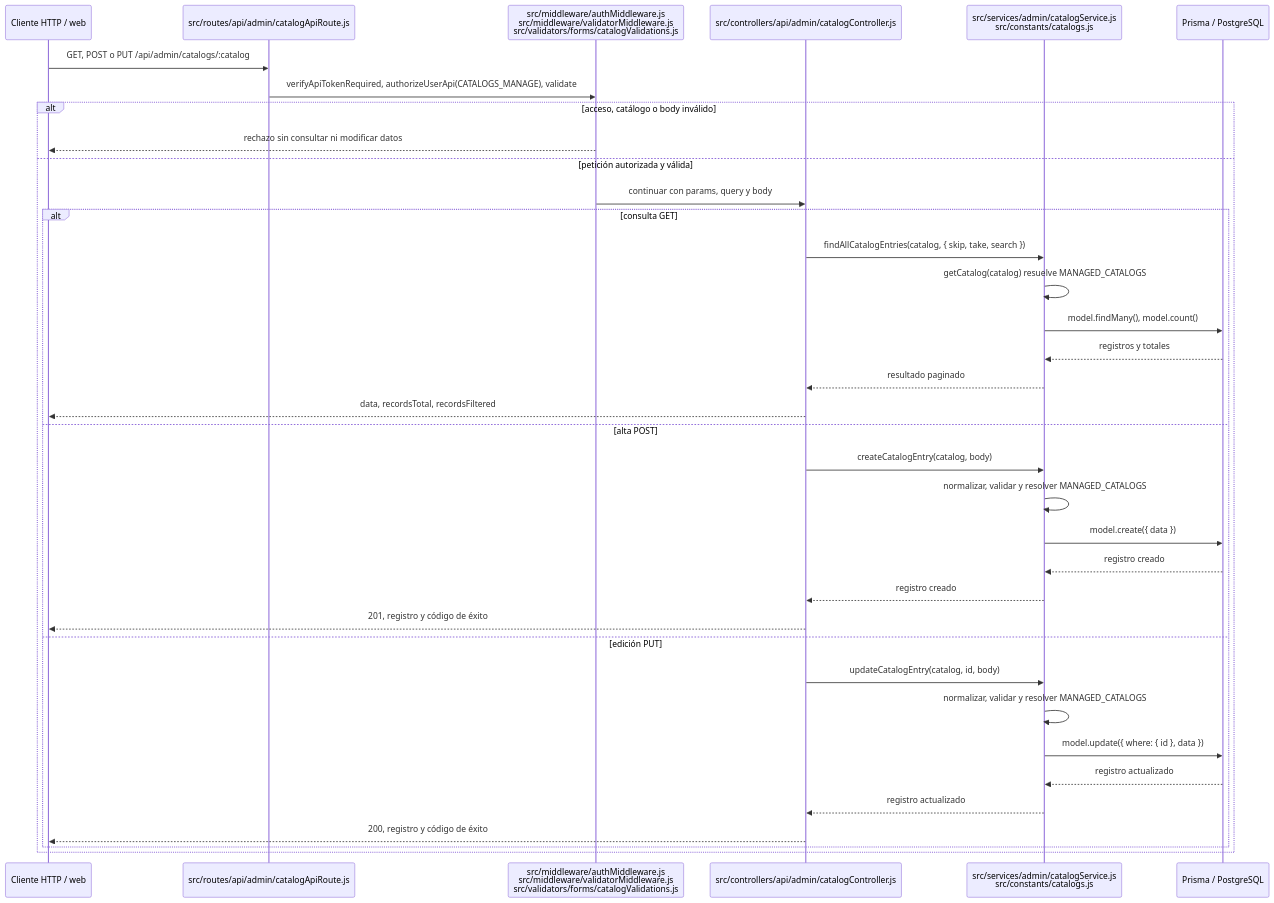
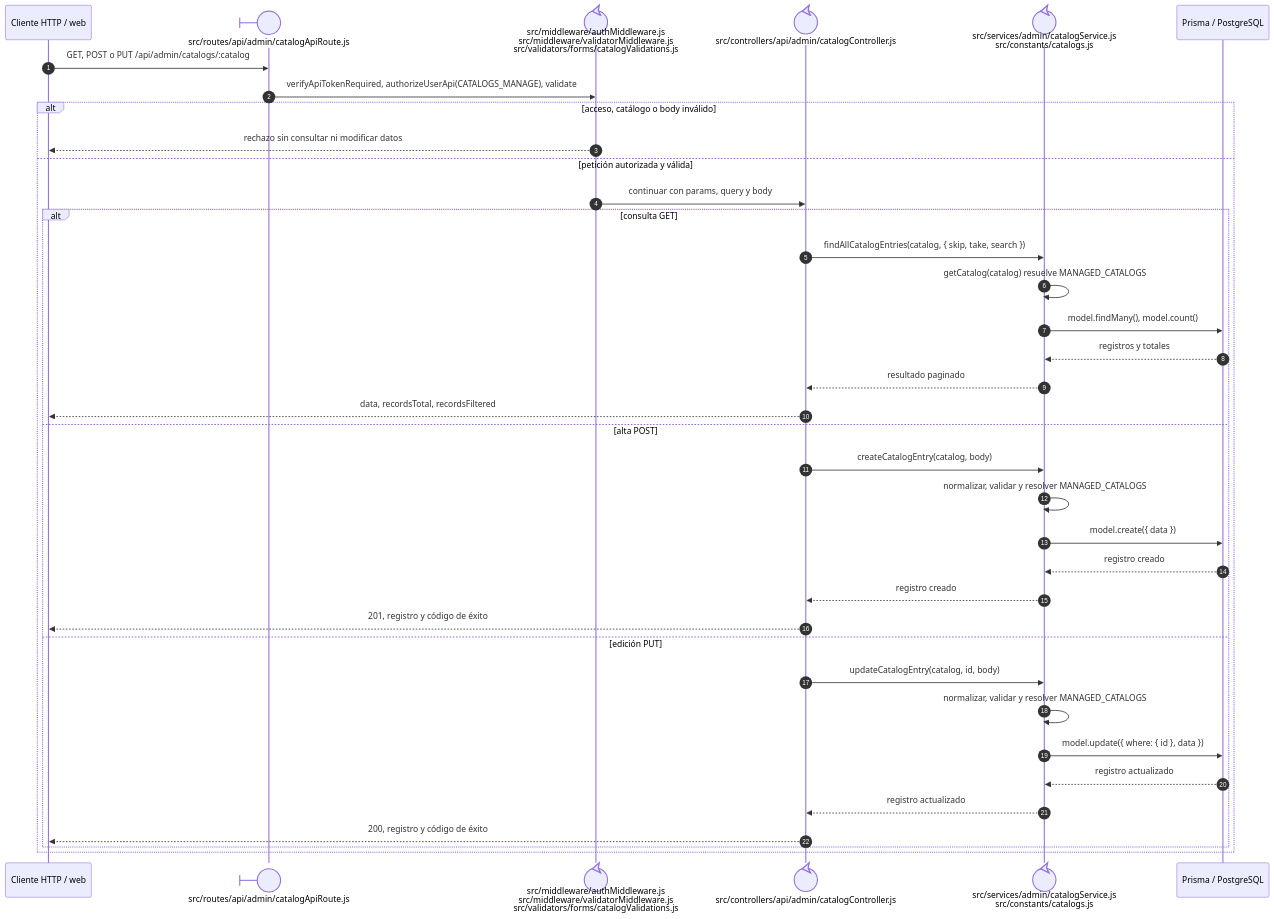
Before and after one commit to gpgsistemas01/nexus: the fourth of 4 diagrams in docs/architecture/views/development/design-and-construction-patterns/01-registration-of-catalogs-with-checklist-allowlist.md, drawn with Mermaid. The commit also changed other lines of this file and 198 other files, not shown here.

Commit message:
docs: mejorar notación UML y distribución de diagramas Mermaid

````diff
--- a/docs/architecture/views/development/design-and-construction-patterns/01-registration-of-catalogs-with-checklist-allowlist.md
+++ b/docs/architecture/views/development/design-and-construction-patterns/01-registration-of-catalogs-with-checklist-allowlist.md
@@ -199,39 +200,40 @@
 ```mermaid
 sequenceDiagram
+    autonumber
     participant Client as Cliente HTTP / web
-    participant Route as src/routes/api/admin/catalogApiRoute.js
-    participant Validation as src/middleware/authMiddleware.js<br/>src/middleware/validatorMiddleware.js<br/>src/validators/forms/catalogValidations.js
-    participant Controller as src/controllers/api/admin/catalogController.js
-    participant BackService as src/services/admin/catalogService.js<br/>src/constants/catalogs.js
+    participant Route@{ "type": "boundary" } as src/routes/api/admin/catalogApiRoute.js
+    participant Validation@{ "type": "control" } as src/middleware/authMiddleware.js<br/>src/middleware/validatorMiddleware.js<br/>src/validators/forms/catalogValidations.js
+    participant Controller@{ "type": "control" } as src/controllers/api/admin/catalogController.js
+    participant BackService@{ "type": "control" } as src/services/admin/catalogService.js<br/>src/constants/catalogs.js
     participant Db as Prisma / PostgreSQL
 
     Client->>Route: GET, POST o PUT /api/admin/catalogs/:catalog
     Route->>Validation: verifyApiTokenRequired, authorizeUserApi(CATALOGS_MANAGE), validate
     alt acceso, catálogo o body inválido
         Validation-->>Client: rechazo sin consultar ni modificar datos
     else petición autorizada y válida
         Validation->>Controller: continuar con params, query y body
         alt consulta GET
             Controller->>BackService: findAllCatalogEntries(catalog, { skip, take, search })
             BackService->>BackService: getCatalog(catalog) resuelve MANAGED_CATALOGS
             BackService->>Db: model.findMany(), model.count()
             Db-->>BackService: registros y totales
             BackService-->>Controller: resultado paginado
             Controller-->>Client: data, recordsTotal, recordsFiltered
         else alta POST
             Controller->>BackService: createCatalogEntry(catalog, body)
             BackService->>BackService: normalizar, validar y resolver MANAGED_CATALOGS
             BackService->>Db: model.create({ data })
             Db-->>BackService: registro creado
             BackService-->>Controller: registro creado
             Controller-->>Client: 201, registro y código de éxito
         else edición PUT
             Controller->>BackService: updateCatalogEntry(catalog, id, body)
             BackService->>BackService: normalizar, validar y resolver MANAGED_CATALOGS
             BackService->>Db: model.update({ where: { id }, data })
             Db-->>BackService: registro actualizado
             BackService-->>Controller: registro actualizado
             Controller-->>Client: 200, registro y código de éxito
         end
     end
 ```
````
